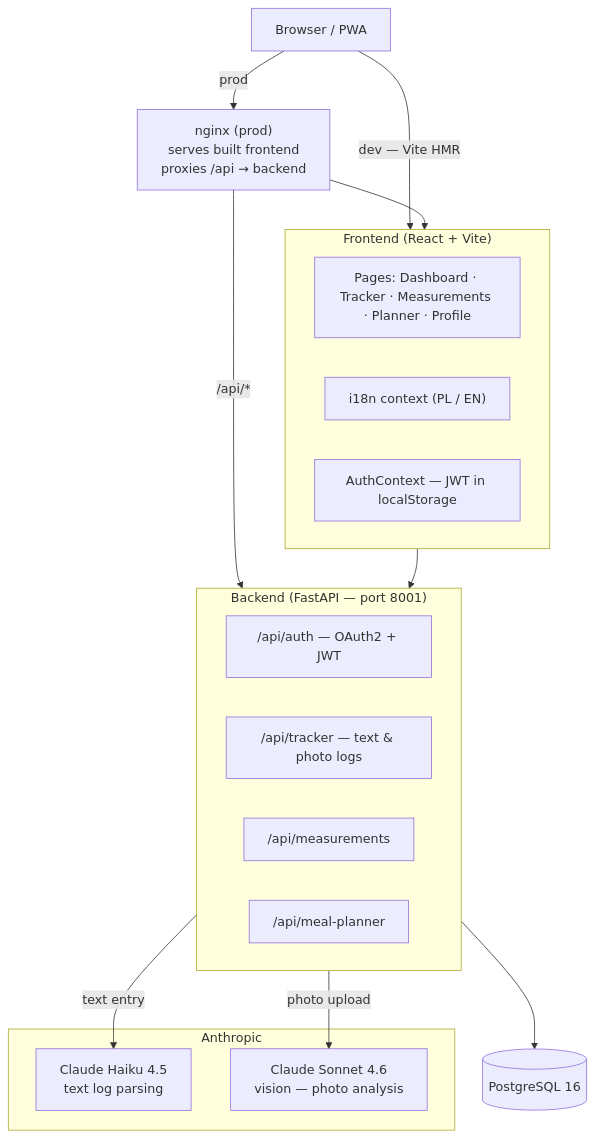
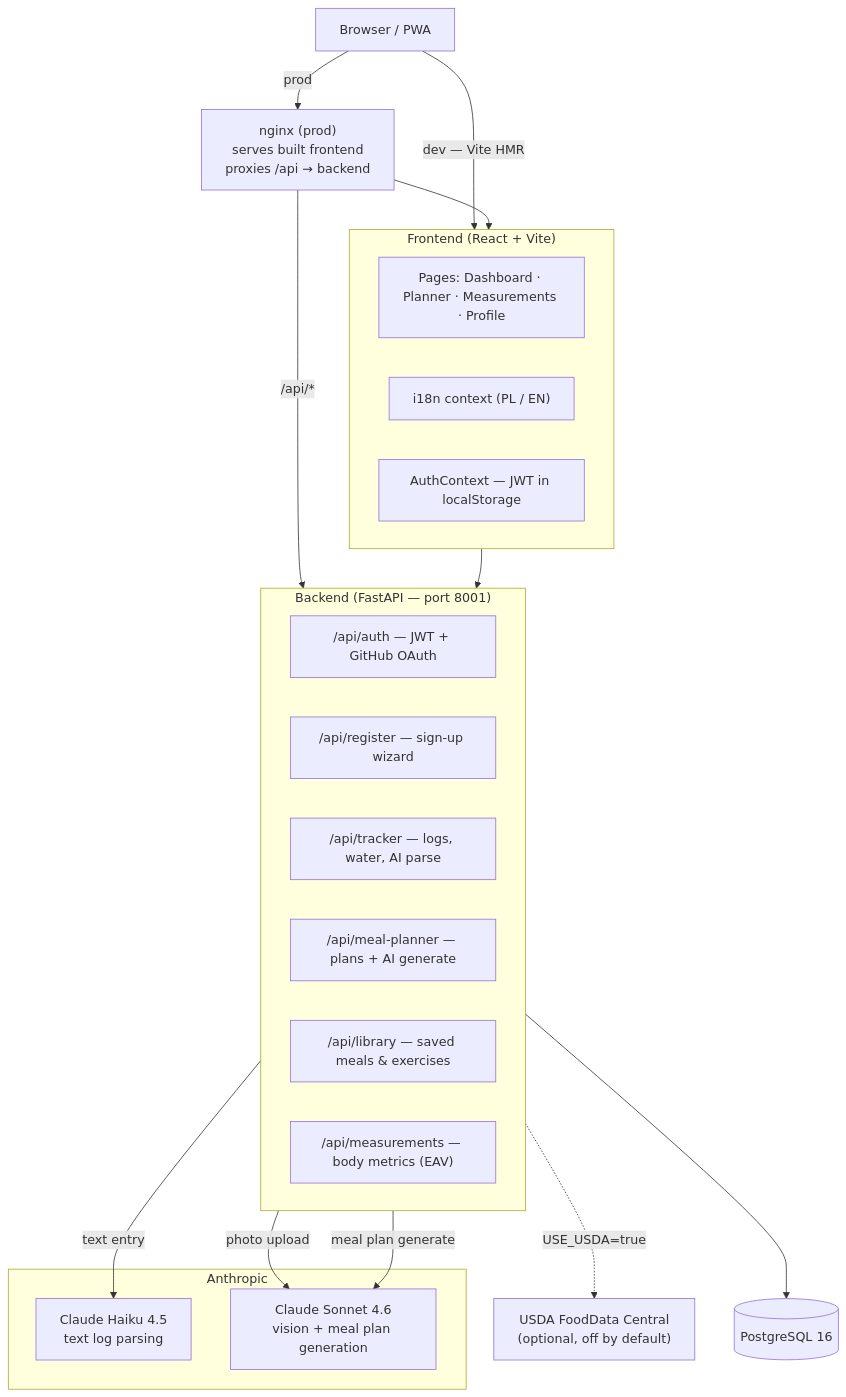
One commit to wiktorspryszynski/nom-nom changed the diagram in README.md. Above: the diagram before and after it, drawn with Mermaid. The commit also changed other lines of this file, not shown here.

````diff
--- a/README.md
+++ b/README.md
@@ -36,34 +36,39 @@
 ```mermaid
 graph TD
     Browser["Browser / PWA"]
 
     subgraph Frontend ["Frontend (React + Vite)"]
-        UI["Pages: Dashboard · Tracker · Measurements · Planner · Profile"]
+        UI["Pages: Dashboard · Planner · Measurements · Profile"]
         I18N["i18n context (PL / EN)"]
         Auth["AuthContext — JWT in localStorage"]
     end
 
     subgraph Backend ["Backend (FastAPI — port 8001)"]
-        AuthRouter["/api/auth — OAuth2 + JWT"]
-        TrackerRouter["/api/tracker — text & photo logs"]
-        MeasRouter["/api/measurements"]
-        PlannerRouter["/api/meal-planner"]
+        AuthRouter["/api/auth — JWT + GitHub OAuth"]
+        RegisterRouter["/api/register — sign-up wizard"]
+        TrackerRouter["/api/tracker — logs, water, AI parse"]
+        PlannerRouter["/api/meal-planner — plans + AI generate"]
+        LibraryRouter["/api/library — saved meals & exercises"]
+        MeasRouter["/api/measurements — body metrics (EAV)"]
     end
 
     subgraph AI ["Anthropic"]
         Haiku["Claude Haiku 4.5\ntext log parsing"]
-        Sonnet["Claude Sonnet 4.6\nvision — photo analysis"]
+        Sonnet["Claude Sonnet 4.6\nvision + meal plan generation"]
     end
 
+    USDA["USDA FoodData Central\n(optional, off by default)"]
     DB[("PostgreSQL 16")]
     Nginx["nginx (prod)\nserves built frontend\nproxies /api → backend"]
 
     Browser -->|prod| Nginx
     Browser -->|dev — Vite HMR| Frontend
     Nginx --> Frontend
     Nginx -->|"/api/*"| Backend
     Frontend --> Backend
     Backend --> DB
     Backend -->|text entry| Haiku
     Backend -->|photo upload| Sonnet
+    Backend -->|meal plan generate| Sonnet
+    Backend -.->|USE_USDA=true| USDA
 ```
````
